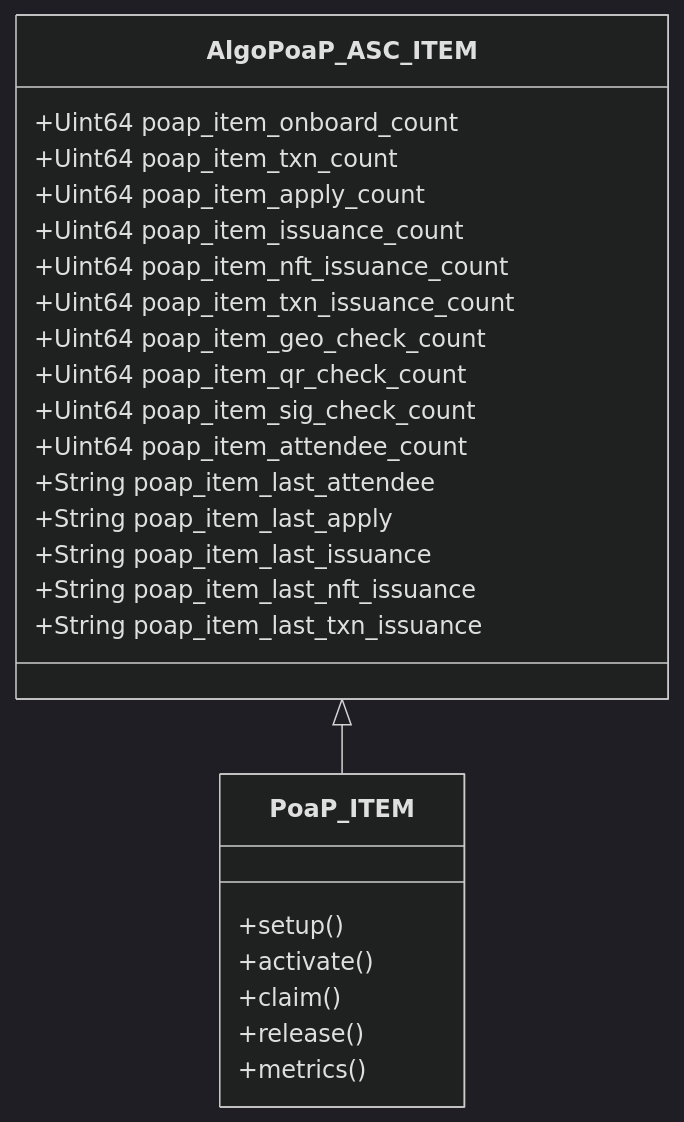
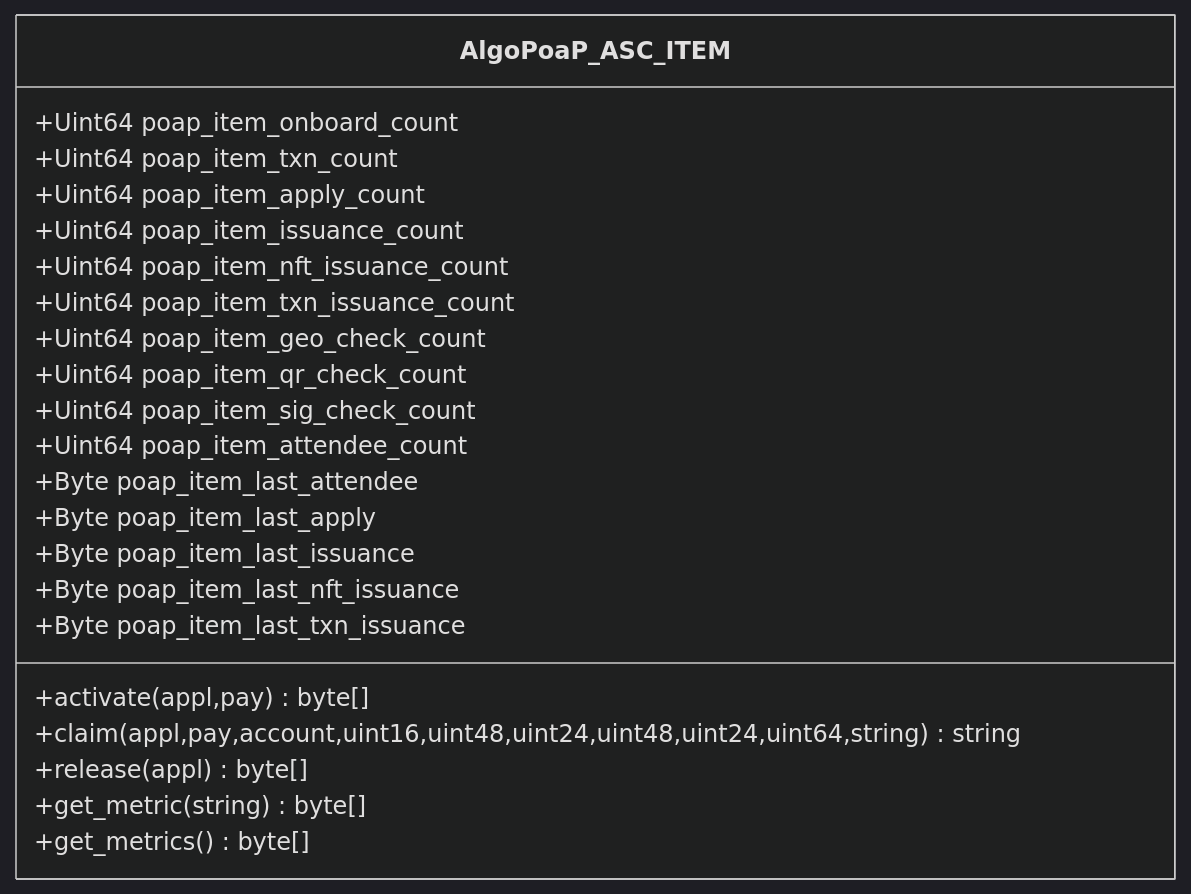
One commit to Sun-C0ffee/algopoap-smartcontracts changed the seventh of 7 diagrams in README.md. Above: the diagram before and after it, drawn with Mermaid (dark theme). The commit also changed other lines of this file and 2 other files, not shown here.

Commit message:
Add ABI schemas

````diff
--- a/README.md
+++ b/README.md
@@ -200,30 +239,28 @@
 ```mermaid
   classDiagram
-    AlgoPoaP_ASC_ITEM <|-- PoaP_ITEM
+    class AlgoPoaP_ASC_ITEM
     AlgoPoaP_ASC_ITEM : +Uint64 poap_item_onboard_count
     AlgoPoaP_ASC_ITEM : +Uint64 poap_item_txn_count
     AlgoPoaP_ASC_ITEM : +Uint64 poap_item_apply_count
     AlgoPoaP_ASC_ITEM : +Uint64 poap_item_issuance_count
     AlgoPoaP_ASC_ITEM : +Uint64 poap_item_nft_issuance_count
     AlgoPoaP_ASC_ITEM : +Uint64 poap_item_txn_issuance_count
 
     AlgoPoaP_ASC_ITEM : +Uint64 poap_item_geo_check_count
     AlgoPoaP_ASC_ITEM : +Uint64 poap_item_qr_check_count
     AlgoPoaP_ASC_ITEM : +Uint64 poap_item_sig_check_count
 
     AlgoPoaP_ASC_ITEM : +Uint64 poap_item_attendee_count
-    AlgoPoaP_ASC_ITEM : +String poap_item_last_attendee
-    AlgoPoaP_ASC_ITEM : +String poap_item_last_apply
-    AlgoPoaP_ASC_ITEM : +String poap_item_last_issuance
-    AlgoPoaP_ASC_ITEM : +String poap_item_last_nft_issuance
-    AlgoPoaP_ASC_ITEM : +String poap_item_last_txn_issuance
-   
-    class PoaP_ITEM {
-        +setup()
-        +activate()
-        +claim()
-        +release()
-        +metrics()
-    }
+    AlgoPoaP_ASC_ITEM : +Byte poap_item_last_attendee
+    AlgoPoaP_ASC_ITEM : +Byte poap_item_last_apply
+    AlgoPoaP_ASC_ITEM : +Byte poap_item_last_issuance
+    AlgoPoaP_ASC_ITEM : +Byte poap_item_last_nft_issuance
+    AlgoPoaP_ASC_ITEM : +Byte poap_item_last_txn_issuance
+    AlgoPoaP_ASC_ITEM : +activate(appl,pay)byte[]
+    AlgoPoaP_ASC_ITEM : +claim(appl,pay,account,uint16,uint48,uint24,uint48,uint24,uint64,string)string
+    AlgoPoaP_ASC_ITEM : +release(appl)byte[]
+    AlgoPoaP_ASC_ITEM : +get_metric(string)byte[]
+    AlgoPoaP_ASC_ITEM : +get_metrics()byte[]
+  
     
 ```
````
